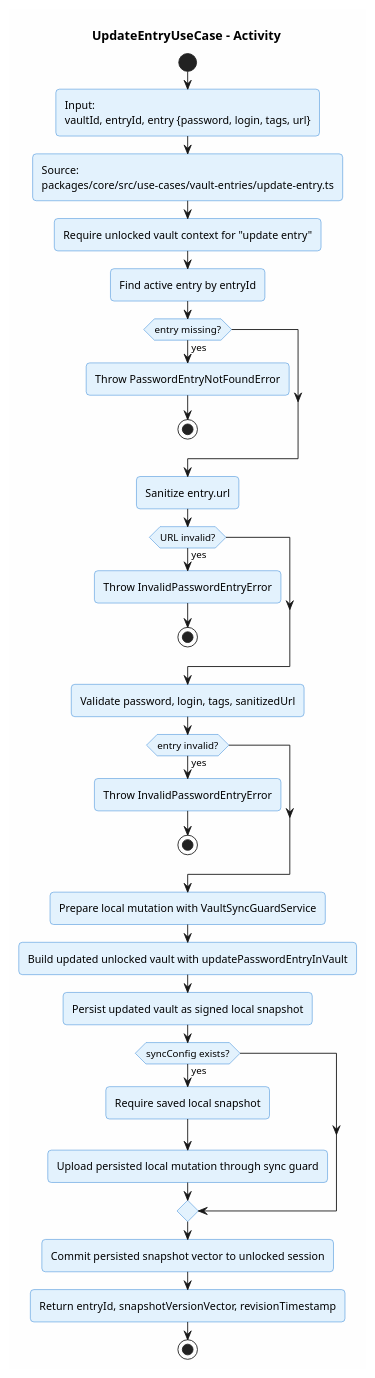
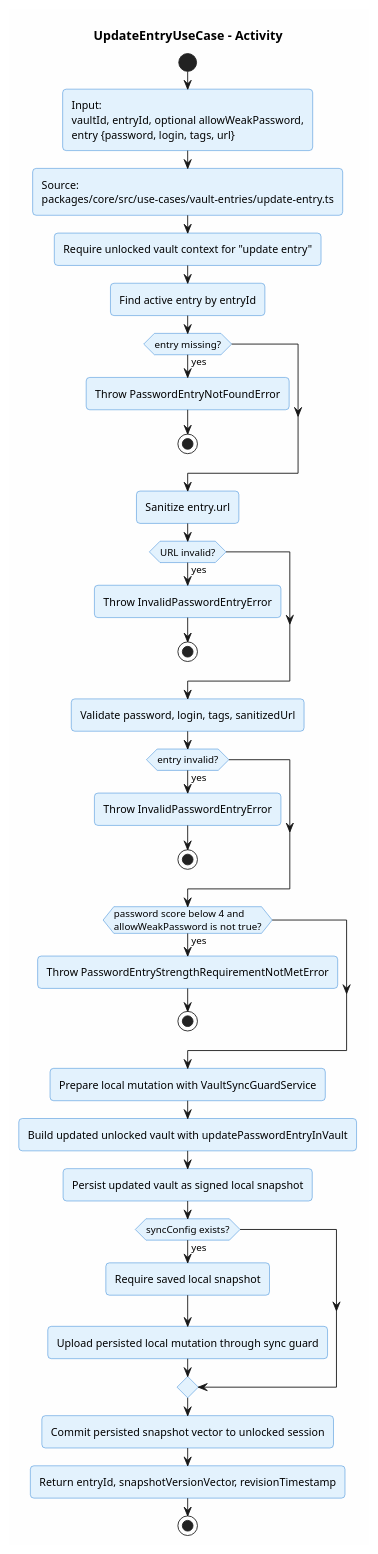
One commit to ArionStudio/engr-serverless-pm changed the diagram in docs/v1/use-case/vault-entries/update-entry.activity.puml. Above: the diagram before and after it, drawn with PlantUML. The commit also changed 30 other files, not shown here.

First line of the commit message:
feat(core): add local password strength policy

```diff
--- a/docs/v1/use-case/vault-entries/update-entry.activity.puml
+++ b/docs/v1/use-case/vault-entries/update-entry.activity.puml
@@ -1,41 +1,45 @@
 @startuml update-entry-activity
 title UpdateEntryUseCase - Activity
 
 skinparam backgroundColor #FEFEFE
 skinparam roundcorner 8
 skinparam shadowing false
 skinparam activity {
   BackgroundColor #E3F2FD
   BorderColor #1976D2
 }
 
 start
-:Input:\nvaultId, entryId, entry {password, login, tags, url};
+:Input:\nvaultId, entryId, optional allowWeakPassword,\nentry {password, login, tags, url};
 :Source:\npackages/core/src/use-cases/vault-entries/update-entry.ts;
 :Require unlocked vault context for "update entry";
 :Find active entry by entryId;
 if (entry missing?) then (yes)
   :Throw PasswordEntryNotFoundError;
   stop
 endif
 :Sanitize entry.url;
 if (URL invalid?) then (yes)
   :Throw InvalidPasswordEntryError;
   stop
 endif
 :Validate password, login, tags, sanitizedUrl;
 if (entry invalid?) then (yes)
   :Throw InvalidPasswordEntryError;
   stop
 endif
+if (password score below 4 and\nallowWeakPassword is not true?) then (yes)
+  :Throw PasswordEntryStrengthRequirementNotMetError;
+  stop
+endif
 :Prepare local mutation with VaultSyncGuardService;
 :Build updated unlocked vault with updatePasswordEntryInVault;
 :Persist updated vault as signed local snapshot;
 if (syncConfig exists?) then (yes)
   :Require saved local snapshot;
   :Upload persisted local mutation through sync guard;
 endif
 :Commit persisted snapshot vector to unlocked session;
 :Return entryId, snapshotVersionVector, revisionTimestamp;
 stop
 @enduml
```
